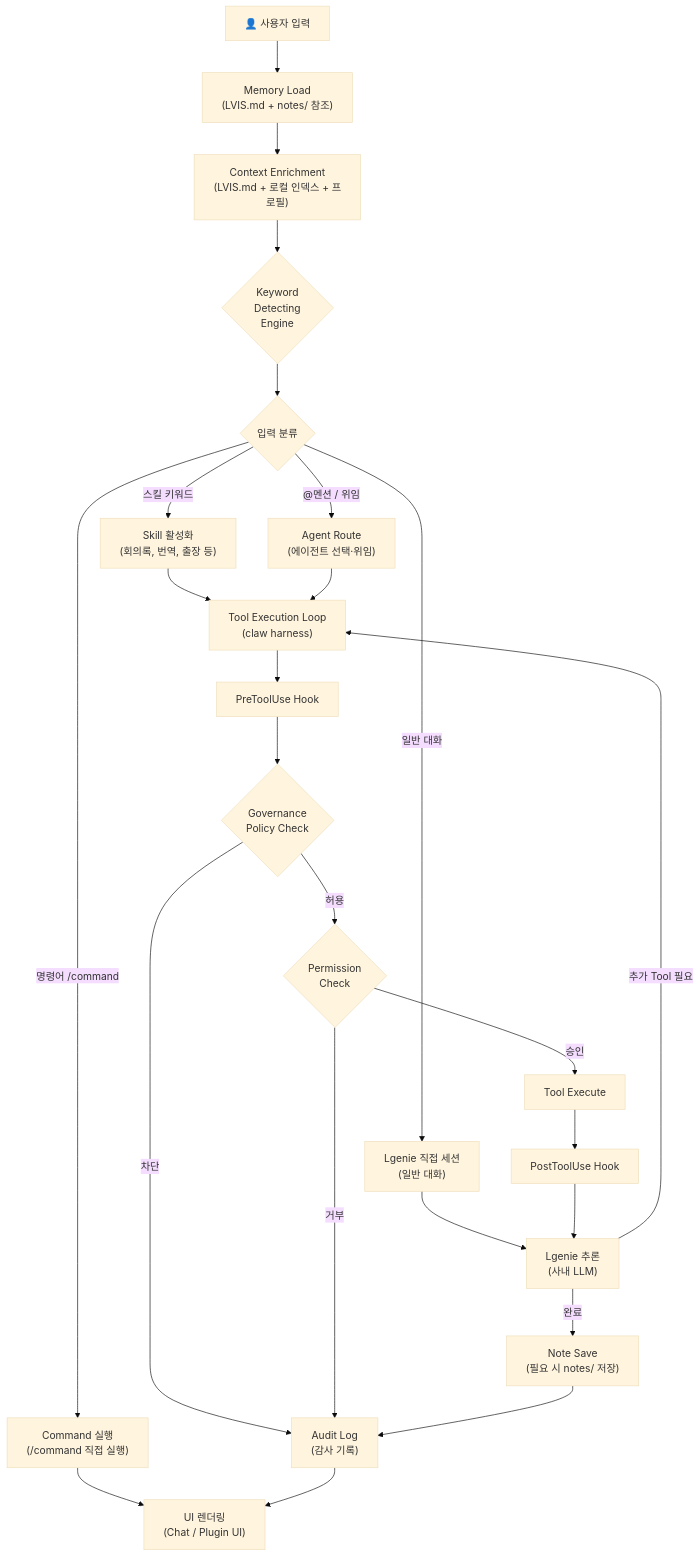
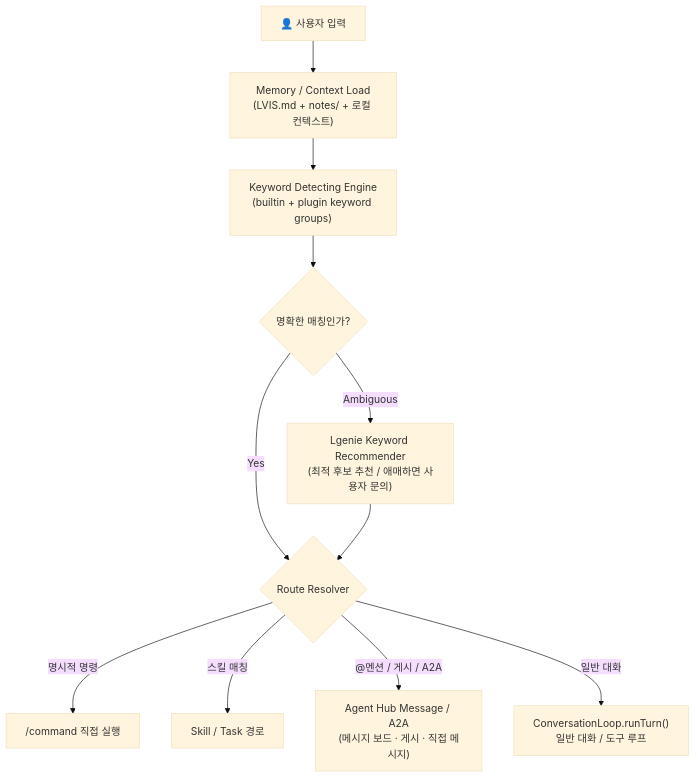
The seventh of 44 diagrams in docs/architecture/architecture.md (lvis-project/lvis-app), drawn with Mermaid (base theme) before and after one commit. The commit also changed other lines of this file and 10 other files, not shown here.

````diff
--- a/docs/architecture/architecture.md
+++ b/docs/architecture/architecture.md
@@ -435,59 +436,22 @@
 ```mermaid
 flowchart TB
     INPUT["👤 사용자 입력"]
+    MEMORY["Memory / Context Load<br/>(LVIS.md + notes/ + 로컬 컨텍스트)"]
+    DETECT["Keyword Detecting Engine<br/>(builtin + plugin keyword groups)"]
+    DISAMBIG{"명확한 매칭인가?"}
+    RECOMMEND["Lgenie Keyword Recommender<br/>(최적 후보 추천 / 애매하면 사용자 문의)"]
+    ROUTE{"Route Resolver"}
 
-    MEM_RECALL["Memory Load<br/>(LVIS.md + notes/ 참조)"]
-    CTX_ENRICH["Context Enrichment<br/>(LVIS.md + 로컬 인덱스 + 프로필)"]
+    COMMAND["/command 직접 실행"]
+    SKILL["Skill / Task 경로"]
+    AGENT["Agent Hub Message / A2A<br/>(메시지 보드 · 게시 · 직접 메시지)"]
+    CHAT["ConversationLoop.runTurn()<br/>일반 대화 / 도구 루프"]
 
-    KW{"Keyword<br/>Detecting<br/>Engine"}
-
-    CLASSIFY{"입력 분류"}
-
-    CMD_EXEC["Command 실행<br/>(/command 직접 실행)"]
-    SKILL_INVOKE["Skill 활성화<br/>(회의록, 번역, 출장 등)"]
-    AGENT_ROUTE["Agent Route<br/>(에이전트 선택·위임)"]
-    DIRECT_LLM["Lgenie 직접 세션<br/>(일반 대화)"]
-
-    TOOL_LOOP["Tool Execution Loop<br/>(claw harness)"]
-
-    PRE_HOOK["PreToolUse Hook"]
-    POLICY_CHK{"Governance<br/>Policy Check"}
-    PERM{"Permission<br/>Check"}
-    EXEC["Tool Execute"]
-    POST_HOOK["PostToolUse Hook"]
-
-    LLM_CALL["Lgenie 추론<br/>(사내 LLM)"]
-
-    MEM_SAVE["Note Save<br/>(필요 시 notes/ 저장)"]
-    AUDIT_LOG["Audit Log<br/>(감사 기록)"]
-    RENDER["UI 렌더링<br/>(Chat / Plugin UI)"]
-
-    INPUT --> MEM_RECALL
-    MEM_RECALL --> CTX_ENRICH
-    CTX_ENRICH --> KW
-    KW --> CLASSIFY
-
-    CLASSIFY -->|"명령어 /command"| CMD_EXEC
-    CLASSIFY -->|"스킬 키워드"| SKILL_INVOKE
-    CLASSIFY -->|"@멘션 / 위임"| AGENT_ROUTE
-    CLASSIFY -->|"일반 대화"| DIRECT_LLM
-
-    CMD_EXEC --> RENDER
-    SKILL_INVOKE --> TOOL_LOOP
-    AGENT_ROUTE --> TOOL_LOOP
-    DIRECT_LLM --> LLM_CALL
-
-    TOOL_LOOP --> PRE_HOOK
-    PRE_HOOK --> POLICY_CHK
-    POLICY_CHK -->|"허용"| PERM
-    POLICY_CHK -->|"차단"| AUDIT_LOG
-    PERM -->|"승인"| EXEC
-    PERM -->|"거부"| AUDIT_LOG
-    EXEC --> POST_HOOK
-    POST_HOOK --> LLM_CALL
-
-    LLM_CALL -->|"추가 Tool 필요"| TOOL_LOOP
-    LLM_CALL -->|"완료"| MEM_SAVE
-    MEM_SAVE --> AUDIT_LOG
-    AUDIT_LOG --> RENDER
+    INPUT --> MEMORY --> DETECT --> DISAMBIG
+    DISAMBIG -->|"Yes"| ROUTE
+    DISAMBIG -->|"Ambiguous"| RECOMMEND --> ROUTE
+    ROUTE -->|"명시적 명령"| COMMAND
+    ROUTE -->|"스킬 매칭"| SKILL
+    ROUTE -->|"@멘션 / 게시 / A2A"| AGENT
+    ROUTE -->|"일반 대화"| CHAT
 ```
````
